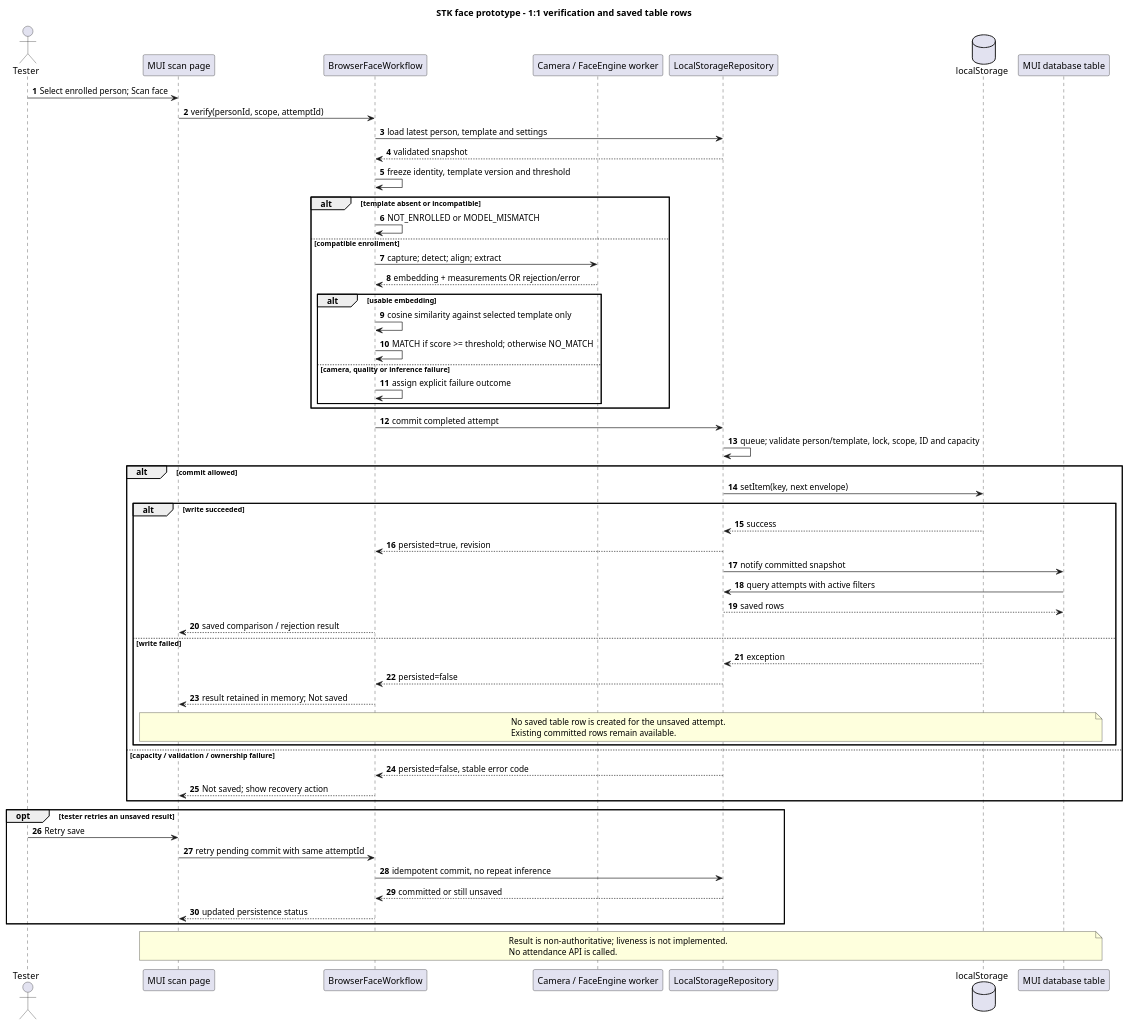
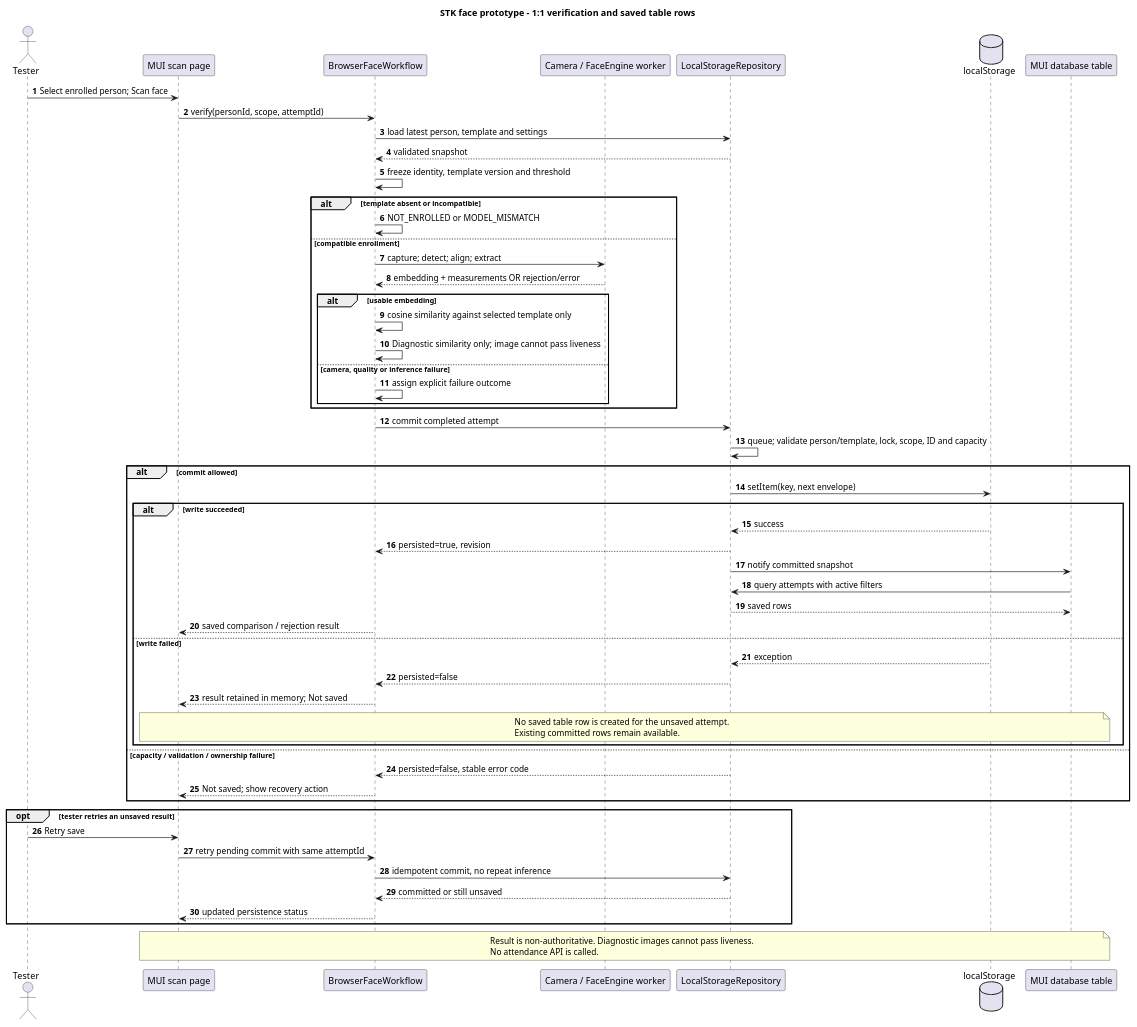
One commit to pixelDigitTony/face-recog-prototype changed the fourth of 7 diagrams in docs/STK_FACE_RECOGNITION_PROTOTYPE_UML.puml. Above: the diagram before and after it, drawn with PlantUML. The commit also changed other lines of this file and 54 other files, not shown here.

```diff
--- a/docs/STK_FACE_RECOGNITION_PROTOTYPE_UML.puml
+++ b/docs/STK_FACE_RECOGNITION_PROTOTYPE_UML.puml
@@ -255,69 +269,69 @@
 @startuml stk_face_prototype_verification
 title STK face prototype - 1:1 verification and saved table rows
 autonumber
 skinparam shadowing false
 actor Tester
 participant "MUI scan page" as UI
 participant "BrowserFaceWorkflow" as Flow
 participant "Camera / FaceEngine worker" as Engine
 participant "LocalStorageRepository" as Repo
 database "localStorage" as DB
 participant "MUI database table" as Table
 
 Tester -> UI : Select enrolled person; Scan face
 UI -> Flow : verify(personId, scope, attemptId)
 Flow -> Repo : load latest person, template and settings
 Repo --> Flow : validated snapshot
 Flow -> Flow : freeze identity, template version and threshold
 
 alt template absent or incompatible
   Flow -> Flow : NOT_ENROLLED or MODEL_MISMATCH
 else compatible enrollment
   Flow -> Engine : capture; detect; align; extract
   Engine --> Flow : embedding + measurements OR rejection/error
   alt usable embedding
     Flow -> Flow : cosine similarity against selected template only
-    Flow -> Flow : MATCH if score >= threshold; otherwise NO_MATCH
+    Flow -> Flow : Diagnostic similarity only; image cannot pass liveness
   else camera, quality or inference failure
     Flow -> Flow : assign explicit failure outcome
   end
 end
 
 Flow -> Repo : commit completed attempt
 Repo -> Repo : queue; validate person/template, lock, scope, ID and capacity
 alt commit allowed
   Repo -> DB : setItem(key, next envelope)
   alt write succeeded
     DB --> Repo : success
     Repo --> Flow : persisted=true, revision
     Repo -> Table : notify committed snapshot
     Table -> Repo : query attempts with active filters
     Repo --> Table : saved rows
     Flow --> UI : saved comparison / rejection result
   else write failed
     DB --> Repo : exception
     Repo --> Flow : persisted=false
     Flow --> UI : result retained in memory; Not saved
     note over UI, Table
       No saved table row is created for the unsaved attempt.
       Existing committed rows remain available.
     end note
   end
 else capacity / validation / ownership failure
   Repo --> Flow : persisted=false, stable error code
   Flow --> UI : Not saved; show recovery action
 end
 
 opt tester retries an unsaved result
   Tester -> UI : Retry save
   UI -> Flow : retry pending commit with same attemptId
   Flow -> Repo : idempotent commit, no repeat inference
   Repo --> Flow : committed or still unsaved
   Flow --> UI : updated persistence status
 end
 
 note over UI, Table
-  Result is non-authoritative; liveness is not implemented.
+  Result is non-authoritative. Diagnostic images cannot pass liveness.
   No attendance API is called.
 end note
 @enduml
```
